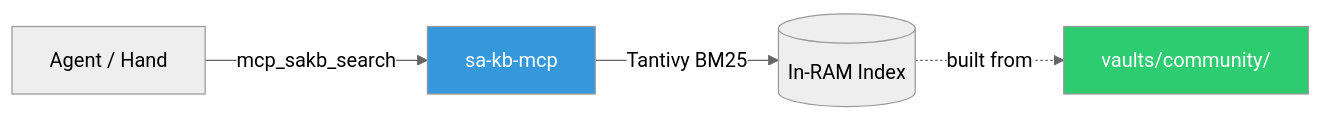
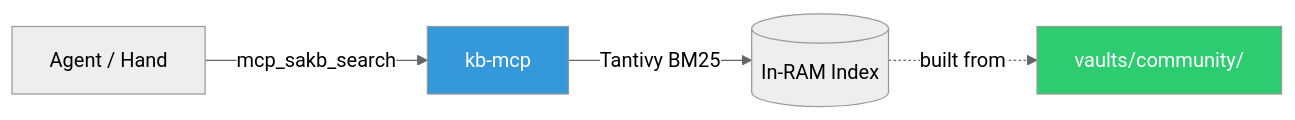
Before and after one commit to BlockQuestgg/star-atlas-ai-openfang: the diagram in book/src/architecture/mcp-servers.md, drawn with Mermaid (neutral theme). The commit also changed other lines of this file and 32 other files, not shown here.

First line of the commit message:
Replace sa-kb-mcp with external kb-mcp for community vault search

````diff
--- a/book/src/architecture/mcp-servers.md
+++ b/book/src/architecture/mcp-servers.md
@@ -16,9 +16,9 @@
 ```mermaid
 flowchart LR
-    A[Agent / Hand] -->|mcp_sakb_search| SAKB[sa-kb-mcp]
+    A[Agent / Hand] -->|mcp_sakb_search| SAKB[kb-mcp]
     SAKB -->|Tantivy BM25| IDX[(In-RAM Index)]
     IDX -.->|built from| CV[vaults/community/]
 
     style SAKB fill:#3498DB,color:#fff
     style CV fill:#2ECC71,color:#fff
 ```
````
